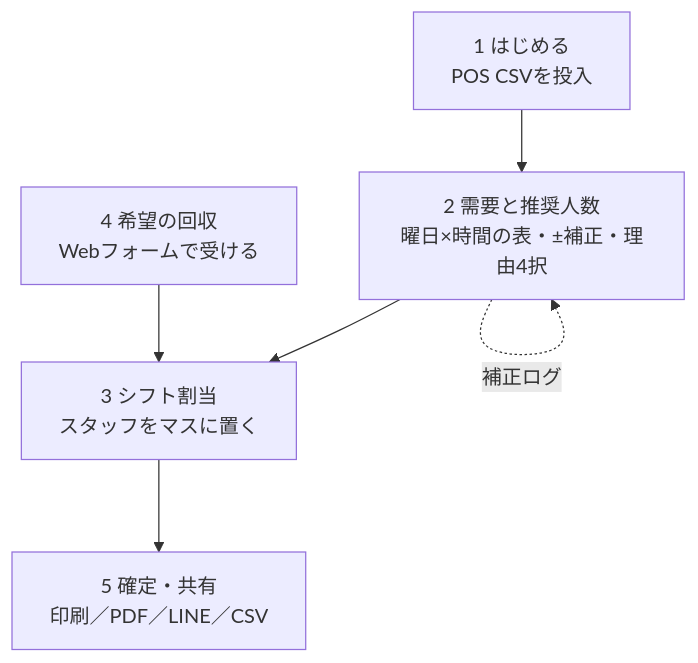
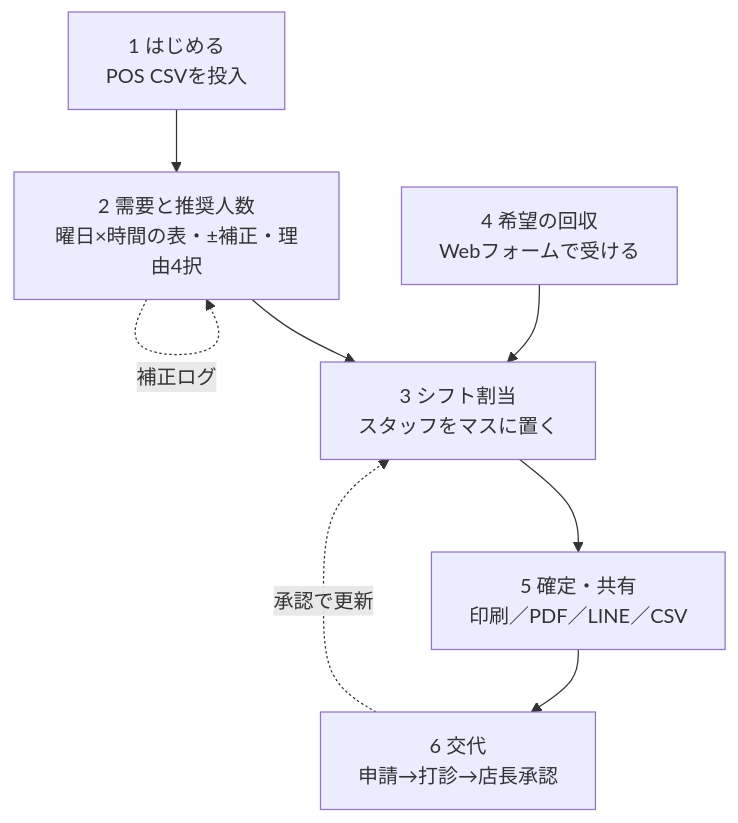
Before and after one commit to CHOISC1208/obisidian: the diagram in 03_freelance/03-04_シフト管理APP/20-企画/02 MVPの範囲.md, drawn with Mermaid. The commit also changed other lines of this file and 8 other files, not shown here.

````diff
--- a/03_freelance/03-04_シフト管理APP/20-企画/02 MVPの範囲.md
+++ b/03_freelance/03-04_シフト管理APP/20-企画/02 MVPの範囲.md
@@ -21,8 +21,10 @@
 ```mermaid
 flowchart TD
     A["1 はじめる<br/>POS CSVを投入"] --> B["2 需要と推奨人数<br/>曜日×時間の表・±補正・理由4択"]
     B --> C["3 シフト割当<br/>スタッフをマスに置く"]
     D["4 希望の回収<br/>Webフォームで受ける"] --> C
     C --> E["5 確定・共有<br/>印刷／PDF／LINE／CSV"]
+    E --> G["6 交代<br/>申請→打診→店長承認"]
+    G -. 承認で更新 .-> C
     B -. 補正ログ .-> B
 ```
````
